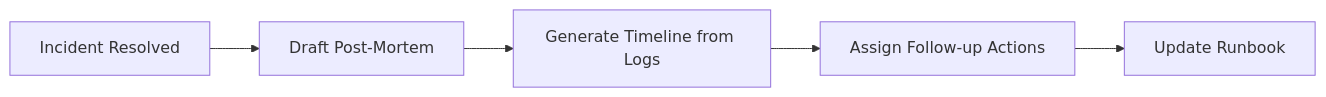
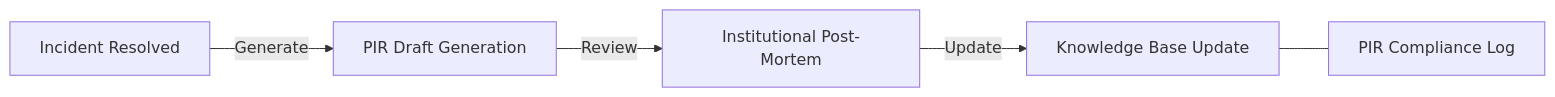
The sixth of 11 diagrams in README.md (Devopstrio/incident-management-automation), drawn with Mermaid before and after one commit. The commit also changed other lines of this file, not shown here.

Commit message:
docs: implement 11+ professional architecture diagrams for incident management platform

````diff
--- a/README.md
+++ b/README.md
@@ -168,7 +151,7 @@
 ```mermaid
 graph LR
-    Resolved[Incident Resolved] --> Draft[Draft Post-Mortem]
-    Draft --> Timeline[Generate Timeline from Logs]
-    Timeline --> Action[Assign Follow-up Actions]
-    Action --> Knowledge[Update Runbook]
+    Resolved["Incident Resolved"] -->|Generate| Draft["PIR Draft Generation"]
+    Draft -->|Review| Final["Institutional Post-Mortem"]
+    Final -->|Update| KB["Knowledge Base Update"]
+    KB --- Audit["PIR Compliance Log"]
 ```
````
